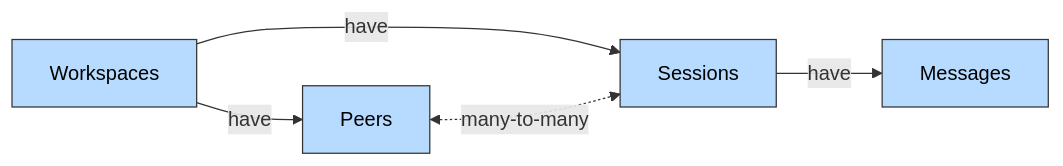
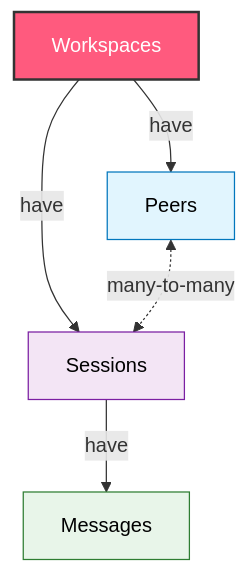
The diagram in docs/v2/documentation/core-concepts/architecture.mdx (plastic-labs/honcho), drawn with Mermaid before and after one commit. The commit also changed other lines of this file and 107 other files, not shown here.

````diff
--- a/docs/v2/documentation/core-concepts/architecture.mdx
+++ b/docs/v2/documentation/core-concepts/architecture.mdx
@@ -14,14 +23,14 @@
 ```mermaid
- graph LR
+ graph TD
       W[Workspaces] -->|have| P[Peers]
       W -->|have| S[Sessions]
 
       S -->|have| SM[Messages]
 
       P <-.->|many-to-many| S
 
-      style W fill:#B6DBFF,stroke:#333,color:#000
-      style P fill:#B6DBFF,stroke:#333,color:#000
-      style S fill:#B6DBFF,stroke:#333,color:#000
-      style SM fill:#B6DBFF,stroke:#333,color:#000
+      style W fill:#FF5A7E,stroke:#333,stroke-width:2px,color:#fff
+      style P fill:#e1f5fe,stroke:#0277bd,color:#000
+      style S fill:#f3e5f5,stroke:#7b1fa2,color:#000
+      style SM fill:#e8f5e9,stroke:#2e7d32,color:#000
 ```
````
